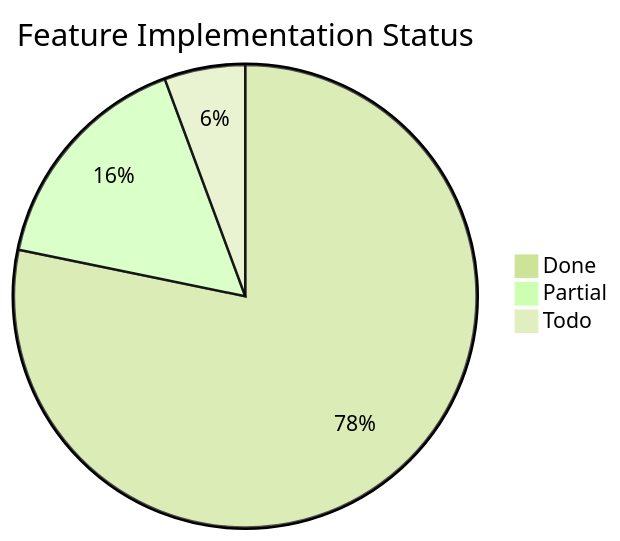
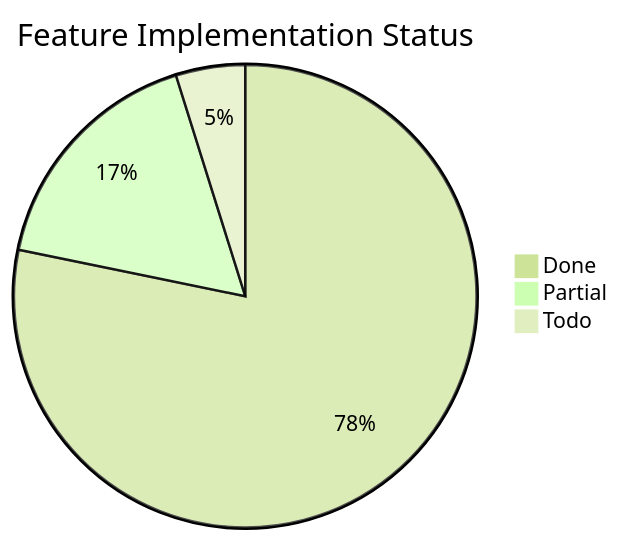
Before and after one commit to Papyrine/Morph: the third of 3 diagrams in docs/word-features.md, drawn with Mermaid (forest theme). The commit also changed other lines of this file and 3 other files, not shown here.

````diff
--- a/docs/word-features.md
+++ b/docs/word-features.md
@@ -1939,6 +1945,6 @@
 ```mermaid
 pie title Feature Implementation Status
     "Done" : 97
-    "Partial" : 20
-    "Todo" : 7
+    "Partial" : 21
+    "Todo" : 6
 ```
````
